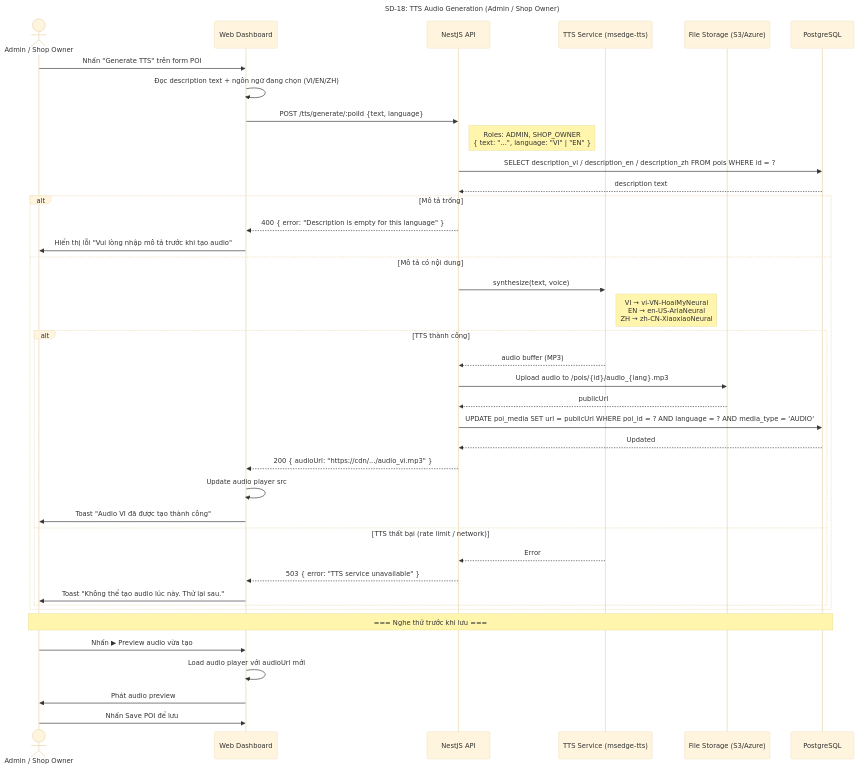
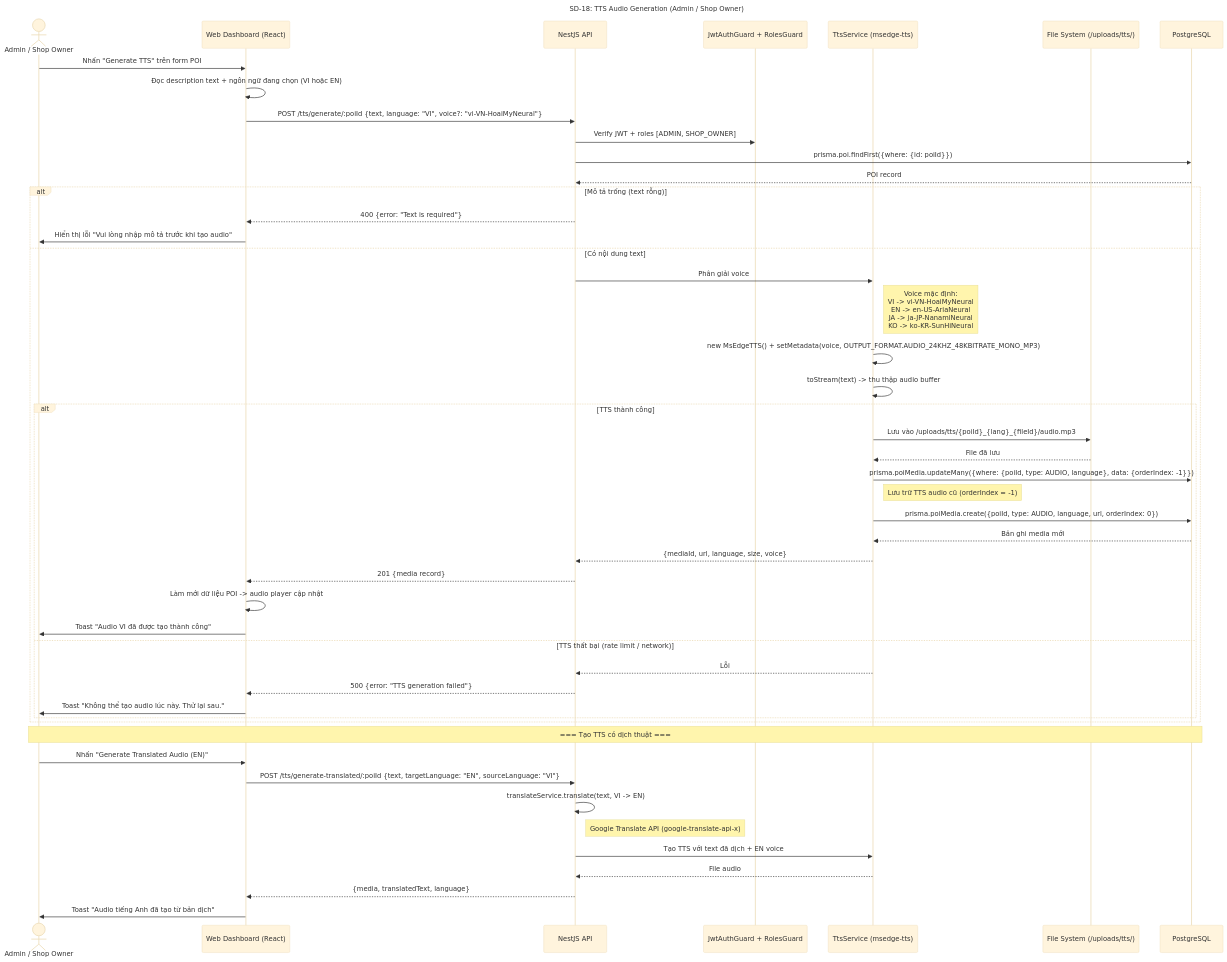
Diagram 18 of 28 in docs/step3_prd/15_sequence_diagrams.md (Ttuandatt/Seminar), drawn with Mermaid (base theme) before and after one commit. The commit also changed other lines of this file and 19 other files, not shown here.

First line of the commit message:
feat(auth): implement forgot/reset password with Brevo email service

````diff
--- a/docs/step3_prd/15_sequence_diagrams.md
+++ b/docs/step3_prd/15_sequence_diagrams.md
@@ -942,48 +1030,59 @@
 ```mermaid
 sequenceDiagram
     title SD-18: TTS Audio Generation (Admin / Shop Owner)
     actor User as Admin / Shop Owner
-    participant UI as Web Dashboard
+    participant UI as Web Dashboard (React)
     participant API as NestJS API
-    participant TTS as TTS Service (msedge-tts)
-    participant Storage as File Storage (S3/Azure)
+    participant Guard as JwtAuthGuard + RolesGuard
+    participant TTS as TtsService (msedge-tts)
+    participant FS as File System (/uploads/tts/)
     participant DB as PostgreSQL
 
     User->>UI: Nhấn "Generate TTS" trên form POI
-    UI->>UI: Đọc description text + ngôn ngữ đang chọn (VI/EN/ZH)
+    UI->>UI: Đọc description text + ngôn ngữ đang chọn (VI hoặc EN)
 
-    UI->>API: POST /tts/generate/:poiId {text, language}
-    Note right of API: Roles: ADMIN, SHOP_OWNER<br/>{ text: "...", language: "VI" | "EN" }
+    UI->>API: POST /tts/generate/:poiId {text, language: "VI", voice?: "vi-VN-HoaiMyNeural"}
+    API->>Guard: Verify JWT + roles [ADMIN, SHOP_OWNER]
 
-    API->>DB: SELECT description_vi / description_en / description_zh FROM pois WHERE id = ?
-    DB-->>API: description text
+    API->>DB: prisma.poi.findFirst({where: {id: poiId}})
+    DB-->>API: POI record
 
-    alt Mô tả trống
-        API-->>UI: 400 { error: "Description is empty for this language" }
+    alt Mô tả trống (text rỗng)
+        API-->>UI: 400 {error: "Text is required"}
         UI->>User: Hiển thị lỗi "Vui lòng nhập mô tả trước khi tạo audio"
-    else Mô tả có nội dung
-        API->>TTS: synthesize(text, voice)
-        Note right of TTS: VI → vi-VN-HoaiMyNeural<br/>EN → en-US-AriaNeural<br/>ZH → zh-CN-XiaoxiaoNeural
+    else Có nội dung text
+        API->>TTS: Phân giải voice
+        Note right of TTS: Voice mặc định:<br/>VI -> vi-VN-HoaiMyNeural<br/>EN -> en-US-AriaNeural<br/>JA -> ja-JP-NanamiNeural<br/>KO -> ko-KR-SunHiNeural
+        TTS->>TTS: new MsEdgeTTS() + setMetadata(voice, OUTPUT_FORMAT.AUDIO_24KHZ_48KBITRATE_MONO_MP3)
+        TTS->>TTS: toStream(text) -> thu thập audio buffer
 
         alt TTS thành công
-            TTS-->>API: audio buffer (MP3)
-            API->>Storage: Upload audio to /pois/{id}/audio_{lang}.mp3
-            Storage-->>API: publicUrl
-            API->>DB: UPDATE poi_media SET url = publicUrl WHERE poi_id = ? AND language = ? AND media_type = 'AUDIO'
-            DB-->>API: Updated
-            API-->>UI: 200 { audioUrl: "https://cdn/.../audio_vi.mp3" }
-            UI->>UI: Update audio player src
+            TTS->>FS: Lưu vào /uploads/tts/{poiId}_{lang}_{fileId}/audio.mp3
+            FS-->>TTS: File đã lưu
+
+            TTS->>DB: prisma.poiMedia.updateMany({where: {poiId, type: AUDIO, language}, data: {orderIndex: -1}})
+            Note right of TTS: Lưu trữ TTS audio cũ (orderIndex = -1)
+            TTS->>DB: prisma.poiMedia.create({poiId, type: AUDIO, language, url, orderIndex: 0})
+            DB-->>TTS: Bản ghi media mới
+
+            TTS-->>API: {mediaId, url, language, size, voice}
+            API-->>UI: 201 {media record}
+            UI->>UI: Làm mới dữ liệu POI -> audio player cập nhật
             UI->>User: Toast "Audio VI đã được tạo thành công"
         else TTS thất bại (rate limit / network)
-            TTS-->>API: Error
-            API-->>UI: 503 { error: "TTS service unavailable" }
+            TTS-->>API: Lỗi
+            API-->>UI: 500 {error: "TTS generation failed"}
             UI->>User: Toast "Không thể tạo audio lúc này. Thử lại sau."
         end
     end
 
-    Note over User, DB: === Nghe thử trước khi lưu ===
-    User->>UI: Nhấn ▶ Preview audio vừa tạo
-    UI->>UI: Load audio player với audioUrl mới
-    UI->>User: Phát audio preview
-    User->>UI: Nhấn Save POI để lưu
+    Note over User, DB: === Tạo TTS có dịch thuật ===
+    User->>UI: Nhấn "Generate Translated Audio (EN)"
+    UI->>API: POST /tts/generate-translated/:poiId {text, targetLanguage: "EN", sourceLanguage: "VI"}
+    API->>API: translateService.translate(text, VI -> EN)
+    Note right of API: Google Translate API (google-translate-api-x)
+    API->>TTS: Tạo TTS với text đã dịch + EN voice
+    TTS-->>API: File audio
+    API-->>UI: {media, translatedText, language}
+    UI->>User: Toast "Audio tiếng Anh đã tạo từ bản dịch"
 ```
````
